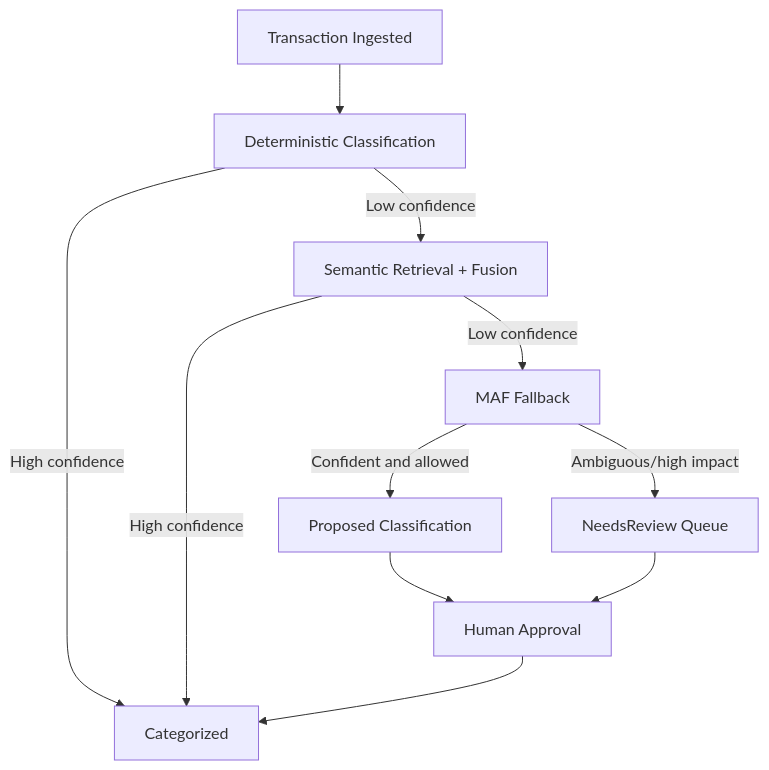
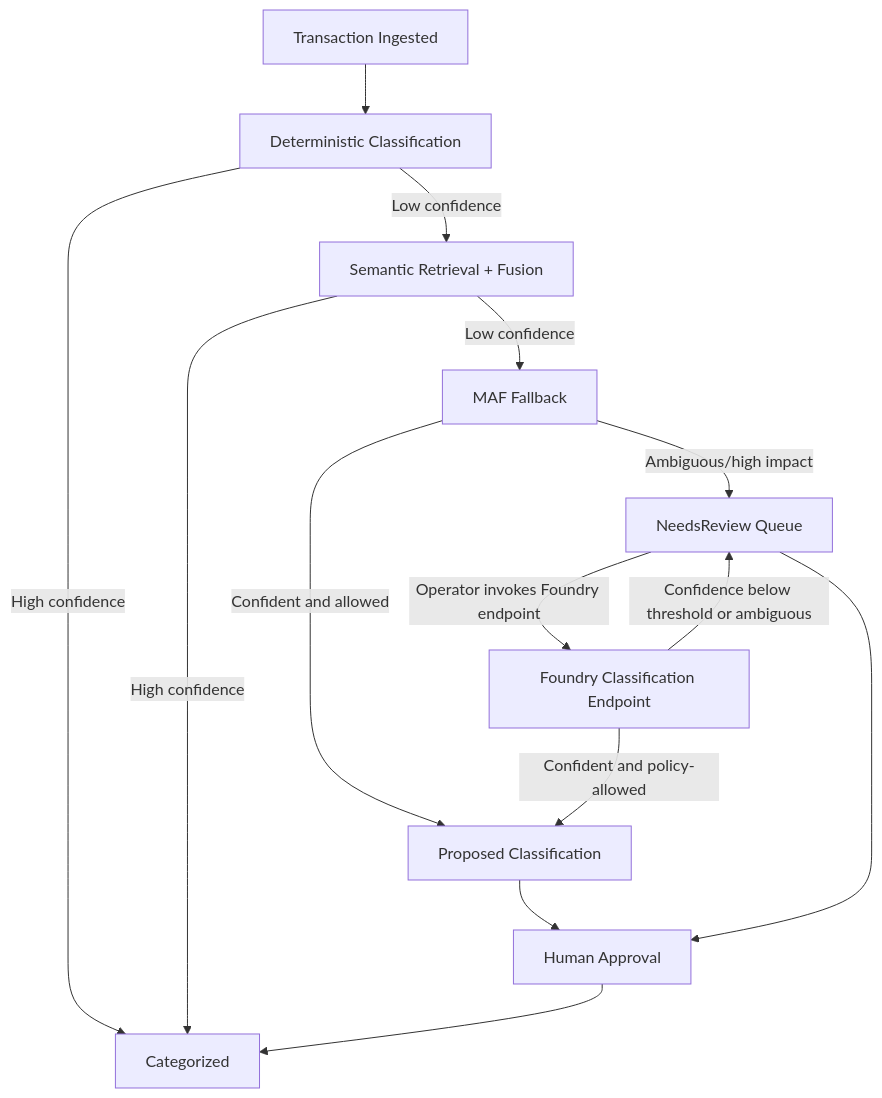
The diagram in docs/architecture/ai-orchestration-flow.md (ChrisMcKee1/Mosaic-Money), drawn with Mermaid before and after one commit. The commit also changed other lines of this file and 63 other files, not shown here.

````diff
--- a/docs/architecture/ai-orchestration-flow.md
+++ b/docs/architecture/ai-orchestration-flow.md
@@ -9,13 +10,16 @@
 ```mermaid
 flowchart TD
     Ingest[Transaction Ingested] --> Deterministic[Deterministic Classification]
     Deterministic -->|High confidence| Finalized[Categorized]
     Deterministic -->|Low confidence| Semantic[Semantic Retrieval + Fusion]
     Semantic -->|High confidence| Finalized
     Semantic -->|Low confidence| MAF[MAF Fallback]
     MAF -->|Confident and allowed| Suggest[Proposed Classification]
     MAF -->|Ambiguous/high impact| Review[NeedsReview Queue]
+    Review -->|Operator invokes Foundry endpoint| Foundry[Foundry Classification Endpoint]
+    Foundry -->|Confidence below threshold or ambiguous| Review
+    Foundry -->|Confident and policy-allowed| Suggest
     Suggest --> Human[Human Approval]
     Review --> Human
     Human --> Finalized
 ```
````
